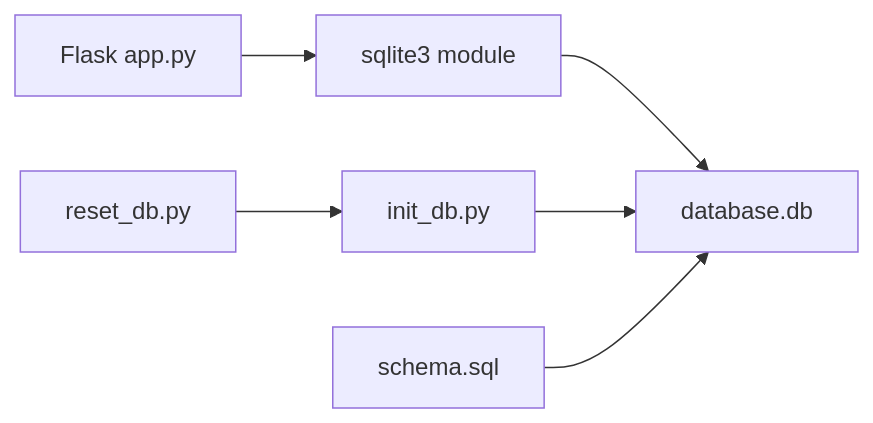
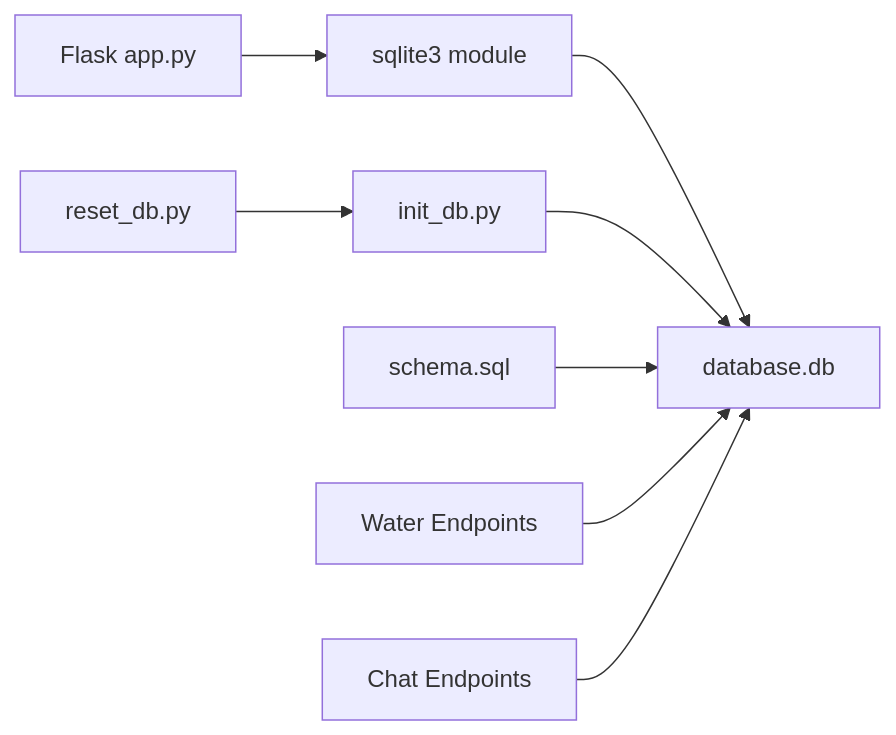
One commit to hsarjun04-netizen/NUTRICooACH changed the sixth of 6 diagrams in .qoder/repowiki/en/content/Backend API Server/Database Schema Design.md. Above: the diagram before and after it, drawn with Mermaid. The commit also changed other lines of this file and 8 other files, not shown here.

Commit message:
Redesign Dashboard: dark sidebar, hero banner, activity chart, calendar, donut chart, water tracker

````diff
--- a/.qoder/repowiki/en/content/Backend API Server/Database Schema Design.md
+++ b/.qoder/repowiki/en/content/Backend API Server/Database Schema Design.md
@@ -437,8 +501,10 @@
 ```mermaid
 graph LR
 Flask["Flask app.py"] --> sqlite3["sqlite3 module"]
 sqlite3 --> DB["database.db"]
 InitA["init_db.py"] --> DB
 Reset["reset_db.py"] --> InitA
 Schema["schema.sql"] --> DB
+WaterAPI["Water Endpoints"] --> DB
+ChatAPI["Chat Endpoints"] --> DB
 ```
````
